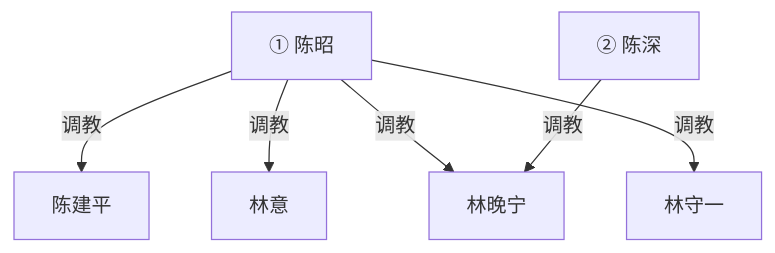
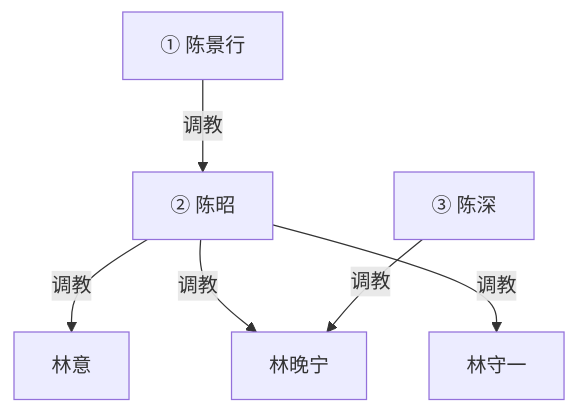
One commit to victor-w-ma/victor-w-ma.github.io changed the diagram in _posts/ideas/bully-victim-children-marriage-plan.md. Above: the diagram before and after it, drawn with Mermaid. The commit also changed other lines of this file, not shown here.

````diff
--- a/_posts/ideas/bully-victim-children-marriage-plan.md
+++ b/_posts/ideas/bully-victim-children-marriage-plan.md
@@ -132,15 +135,15 @@
 ```mermaid
 graph TD
-  chenzhao["① 陈昭"]
-  chenshen["② 陈深"]
-  jianping["陈建平"]
+  jingxing["① 陈景行"]
+  chenzhao["② 陈昭"]
+  chenshen["③ 陈深"]
   linyi["林意"]
   wanning["林晚宁"]
   shouyi["林守一"]
 
-  chenzhao -->|调教| jianping
+  jingxing -->|调教| chenzhao
   chenzhao -->|调教| linyi
   chenzhao -->|调教| wanning
   chenzhao -->|调教| shouyi
   chenshen -->|调教| wanning
 ```
````
